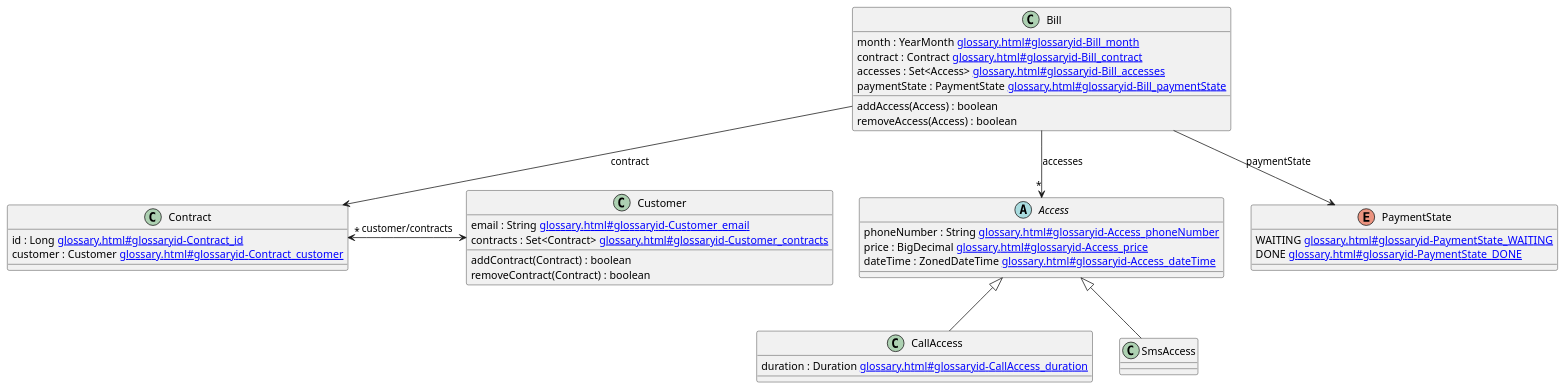
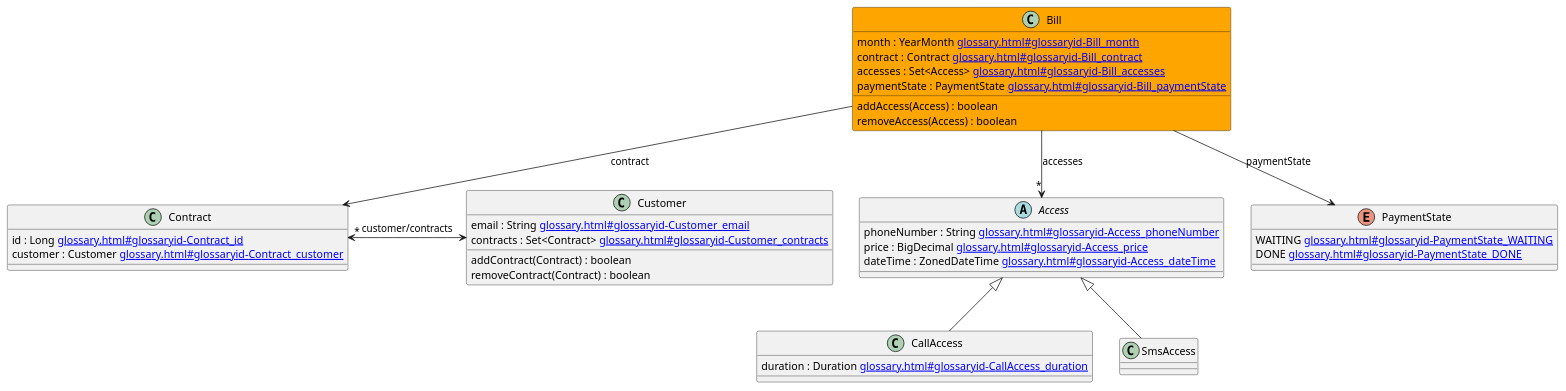
One commit to jboz/living-documentation changed the diagram in livingdoc-maven-plugin/src/it/ddd/src/test/resources/expected/diagram.adoc. Above: the diagram before and after it, drawn with PlantUML. The commit also changed 3 other files, not shown here.

```diff
--- a/livingdoc-maven-plugin/src/it/ddd/src/test/resources/expected/diagram.adoc
+++ b/livingdoc-maven-plugin/src/it/ddd/src/test/resources/expected/diagram.adoc
@@ -5,59 +5,59 @@
 [plantuml, diagram, format=svg, opts=interactive]
 ----
 @startuml
 
 
 
 
 
 abstract class "Access" [[glossary.html#glossaryid-Access{Access}]] {
   phoneNumber : String [[glossary.html#glossaryid-Access_phoneNumber{phoneNumber}]]
   price : BigDecimal [[glossary.html#glossaryid-Access_price{price}]]
   dateTime : ZonedDateTime [[glossary.html#glossaryid-Access_dateTime{dateTime}]]
 }
 
-class "Bill" [[glossary.html#glossaryid-Bill{Bill}]] {
+class "Bill" [[glossary.html#glossaryid-Bill{Bill}]] #orange {
   month : YearMonth [[glossary.html#glossaryid-Bill_month{month}]]
   contract : Contract [[glossary.html#glossaryid-Bill_contract{contract}]]
   accesses : Set<Access> [[glossary.html#glossaryid-Bill_accesses{accesses}]]
   paymentState : PaymentState [[glossary.html#glossaryid-Bill_paymentState{paymentState}]]
   addAccess(Access) : boolean
   removeAccess(Access) : boolean
 }
 
 class "CallAccess" [[glossary.html#glossaryid-CallAccess{CallAccess}]] {
   duration : Duration [[glossary.html#glossaryid-CallAccess_duration{duration}]]
 }
 
 class "Contract" [[glossary.html#glossaryid-Contract{Contract}]] {
   id : Long [[glossary.html#glossaryid-Contract_id{id}]]
   customer : Customer [[glossary.html#glossaryid-Contract_customer{customer}]]
 }
 
 class "Customer" [[glossary.html#glossaryid-Customer{Customer}]] {
   email : String [[glossary.html#glossaryid-Customer_email{email}]]
   contracts : Set<Contract> [[glossary.html#glossaryid-Customer_contracts{contracts}]]
   addContract(Contract) : boolean
   removeContract(Contract) : boolean
 }
 
 enum "PaymentState" [[glossary.html#glossaryid-PaymentState{PaymentState}]] {
   WAITING [[glossary.html#glossaryid-PaymentState_WAITING{WAITING}]]
   DONE [[glossary.html#glossaryid-PaymentState_DONE{DONE}]]
 }
 
 class "SmsAccess" [[glossary.html#glossaryid-SmsAccess{SmsAccess}]]
 
 "Access" <|-- "CallAccess"
 "Access" <|-- "SmsAccess"
 "Bill" --> "*" "Access" : accesses
 "Bill" --> "Contract" : contract
 "Bill" --> "PaymentState" : paymentState
 "Contract" "*" <-> "Customer" : customer/contracts
 
 
 
 
 
 @enduml
 ----
```
